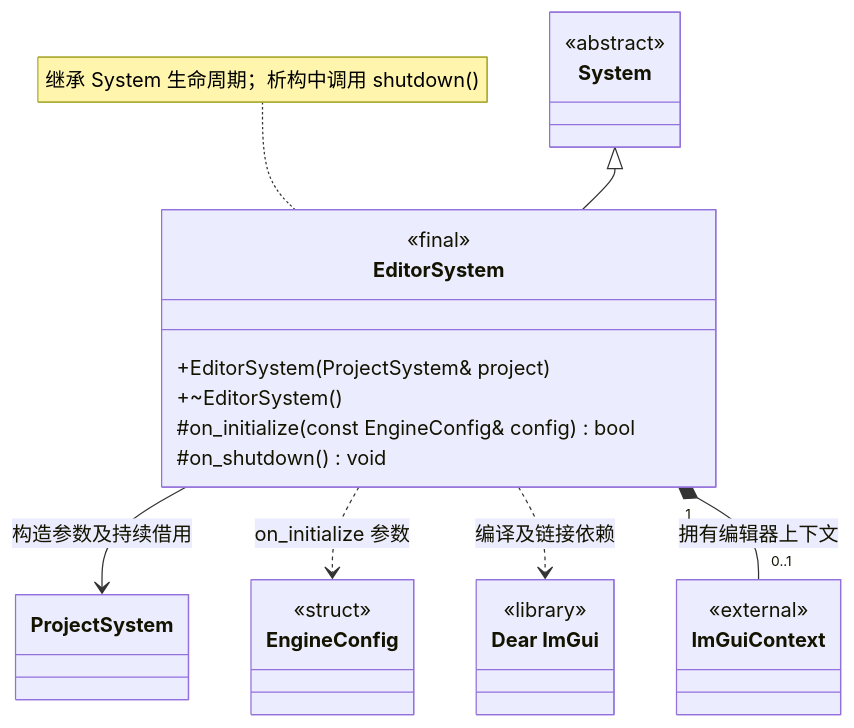
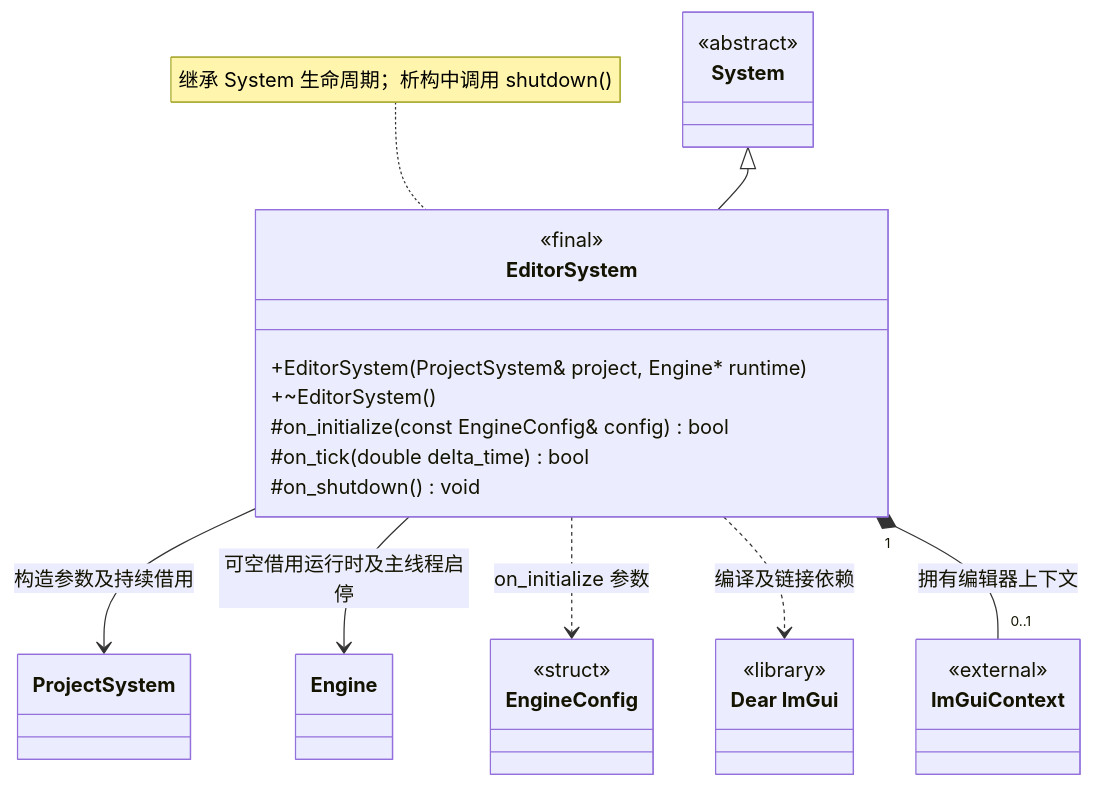
Before and after one commit to lcals/Engine: the diagram in docs/editor/class-diagrams/editor-system.md, drawn with Mermaid. The commit also changed other lines of this file and 52 other files, not shown here.

````diff
--- a/docs/editor/class-diagrams/editor-system.md
+++ b/docs/editor/class-diagrams/editor-system.md
@@ -7,30 +7,33 @@
 ```mermaid
 classDiagram
     direction TB
     class EditorSystem {
         <<final>>
-        +EditorSystem(ProjectSystem& project)
+        +EditorSystem(ProjectSystem& project, Engine* runtime)
         +~EditorSystem()
         #on_initialize(const EngineConfig& config) bool
+        #on_tick(double delta_time) bool
         #on_shutdown() void
     }
     class System {
         <<abstract>>
     }
     class EngineConfig {
         <<struct>>
     }
     class ProjectSystem
+    class Engine
     class DearImGui["Dear ImGui"] {
         <<library>>
     }
     class ImGuiContext {
         <<external>>
     }
     System <|-- EditorSystem
     EditorSystem --> ProjectSystem : 构造参数及持续借用
+    EditorSystem --> Engine : 可空借用运行时及主线程启停
     EditorSystem ..> EngineConfig : on_initialize 参数
     EditorSystem ..> DearImGui : 编译及链接依赖
     EditorSystem "1" *-- "0..1" ImGuiContext : 拥有编辑器上下文
     note for EditorSystem "继承 System 生命周期；析构中调用 shutdown()"
 ```
````
